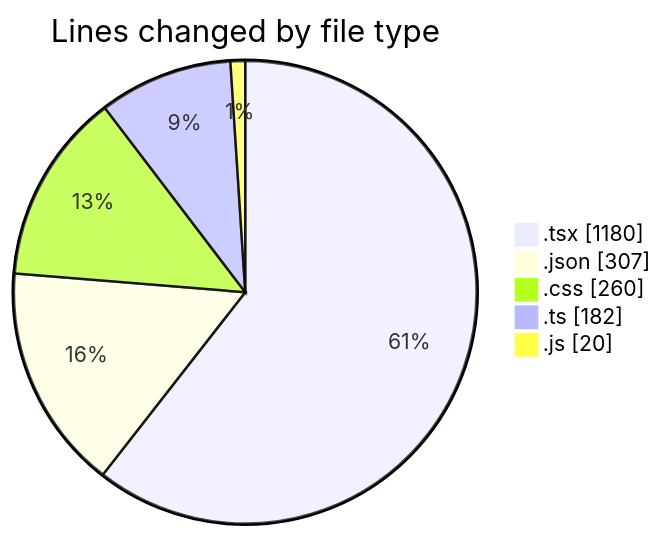
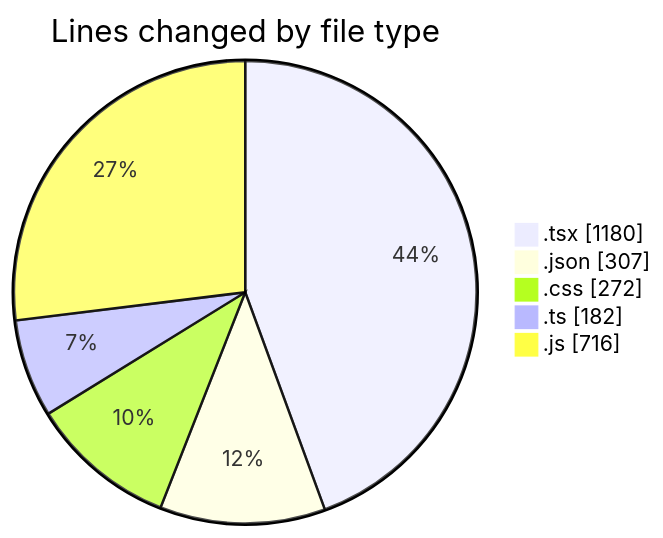
Before and after one commit to Elitesun/code-tracking: the first of 2 diagrams in 2025-05-04/niten/README.md, drawn with Mermaid. The commit also changed other lines of this file and 1 other file, not shown here.

````diff
--- a/2025-05-04/niten/README.md
+++ b/2025-05-04/niten/README.md
@@ -42,9 +45,9 @@
 ```mermaid
 pie showData
 title Lines changed by file type
 ".tsx" : 1180
 ".json" : 307
-".css" : 260
+".css" : 272
 ".ts" : 182
-".js" : 20
+".js" : 716
 ```
````
